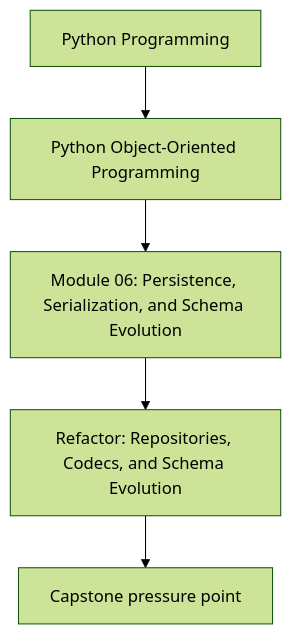
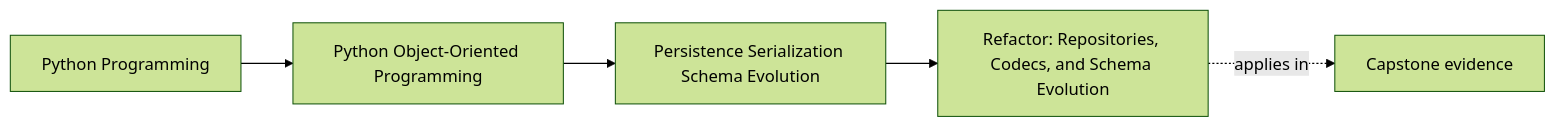
One commit to bijux/bijux-masterclass changed the first of 2 diagrams in programs/python-programming/python-object-oriented-programming/course-book/module-06-persistence-serialization-schema-evolution/refactor-repositories-codecs-and-schema-evolution.md. Above: the diagram before and after it, drawn with Mermaid (forest theme). The commit also changed other lines of this file and 103 other files, not shown here.

Commit message:
docs(python-object-oriented-programming): map sustainment and capstone surfaces

````diff
--- a/programs/python-programming/python-object-oriented-programming/course-book/module-06-persistence-serialization-schema-evolution/refactor-repositories-codecs-and-schema-evolution.md
+++ b/programs/python-programming/python-object-oriented-programming/course-book/module-06-persistence-serialization-schema-evolution/refactor-repositories-codecs-and-schema-evolution.md
@@ -7,7 +7,11 @@
 ```mermaid
-flowchart TD
-  family["Python Programming"] --> program["Python Object-Oriented Programming"]
-  program --> module["Module 06: Persistence, Serialization, and Schema Evolution"]
-  module --> concept["Refactor: Repositories, Codecs, and Schema Evolution"]
-  concept --> capstone["Capstone pressure point"]
+graph LR
+  family["Python Programming"]
+  program["Python Object-Oriented Programming"]
+  section["Persistence Serialization Schema Evolution"]
+  page["Refactor: Repositories, Codecs, and Schema Evolution"]
+  capstone["Capstone evidence"]
+
+  family --> program --> section --> page
+  page -.applies in.-> capstone
 ```
````
